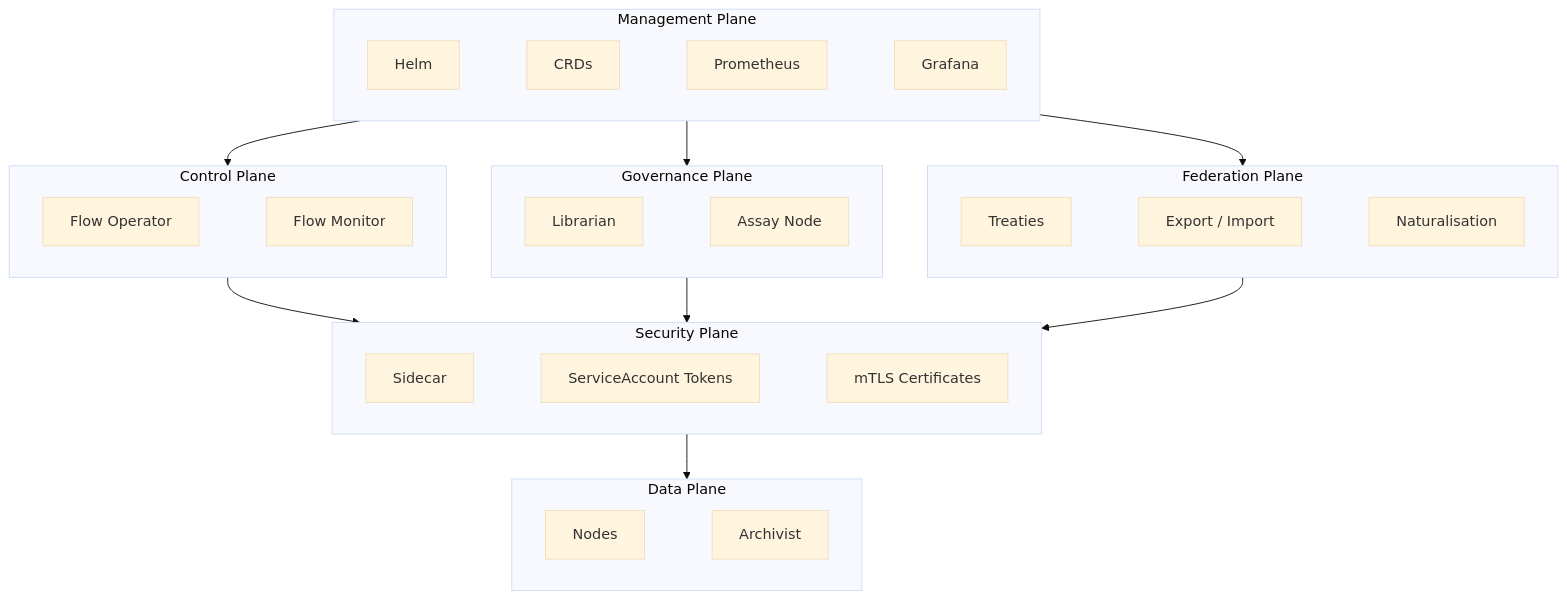
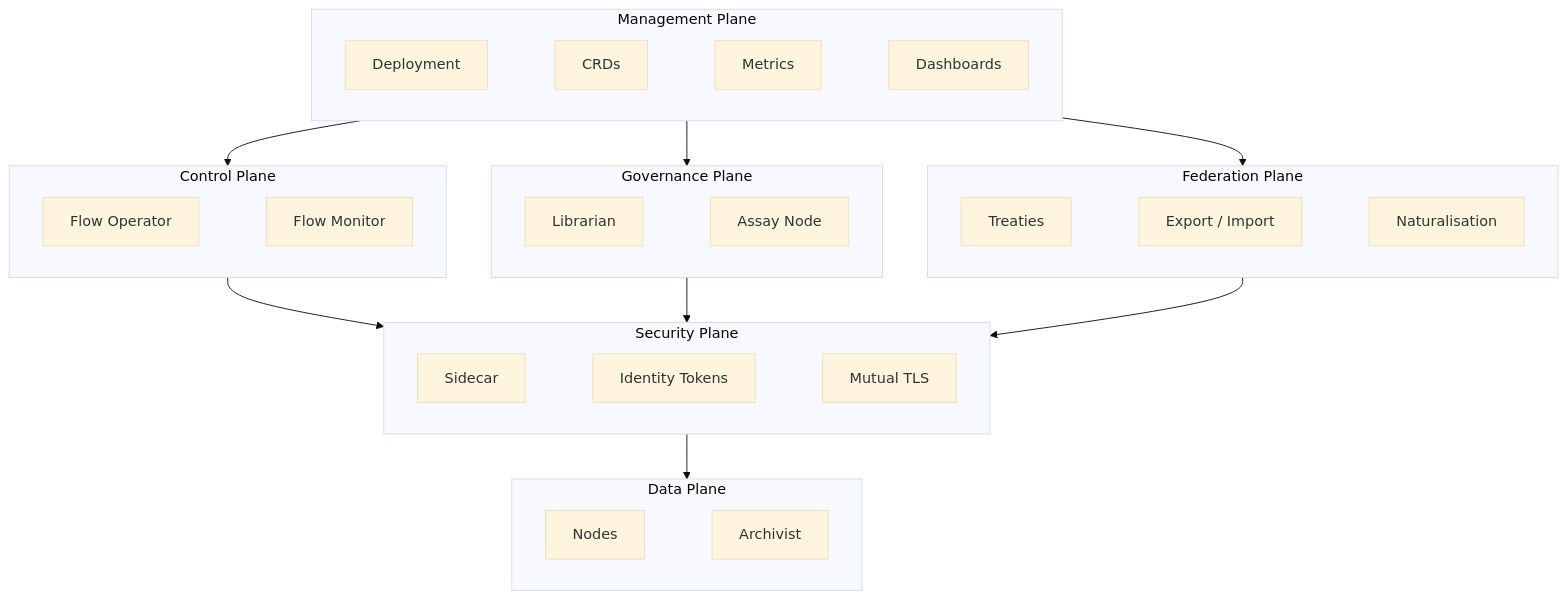
Before and after one commit to really-knows-ai/gideas: the diagram in 01-concepts/01-architecture.md, drawn with Mermaid (base theme). The commit also changed other lines of this file and 4 other files, not shown here.

Commit message:
Refine documentation for clarity in terminology and processes across overview, architecture, data model, and governance sections

````diff
--- a/01-concepts/01-architecture.md
+++ b/01-concepts/01-architecture.md
@@ -11,42 +11,42 @@
 ```mermaid
 flowchart TD
     subgraph mgmt["Management Plane"]
         direction LR
-        Helm ~~~ CRDs ~~~ Prometheus ~~~ Grafana
+        Deployment ~~~ CRDs ~~~ Metrics ~~~ Dashboards
     end
 
     subgraph ctrl["Control Plane"]
         direction LR
         Operator[Flow Operator] ~~~ Monitor[Flow Monitor]
     end
 
     subgraph gov["Governance Plane"]
         direction LR
         Librarian ~~~ Assay[Assay Node]
     end
 
     subgraph fed["Federation Plane"]
         direction LR
         Treaties ~~~ Export[Export / Import] ~~~ Nat[Naturalisation]
     end
 
     subgraph sec["Security Plane"]
         direction LR
-        Sidecar ~~~ Tokens[ServiceAccount Tokens] ~~~ mTLS[mTLS Certificates]
+        Sidecar ~~~ Tokens[Identity Tokens] ~~~ mTLS[Mutual TLS]
     end
 
     subgraph data["Data Plane"]
         direction LR
         Nodes ~~~ Archivist
     end
 
     mgmt --> ctrl
     mgmt --> gov
     mgmt --> fed
 
     ctrl --> sec
     gov --> sec
     fed --> sec
 
     sec --> data
 ```
````
